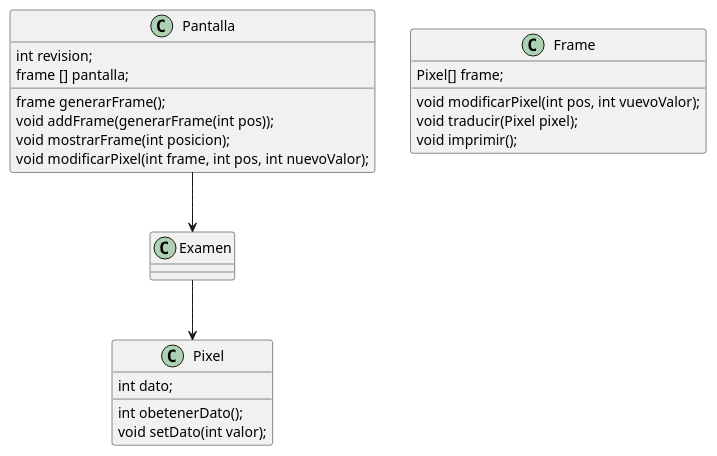
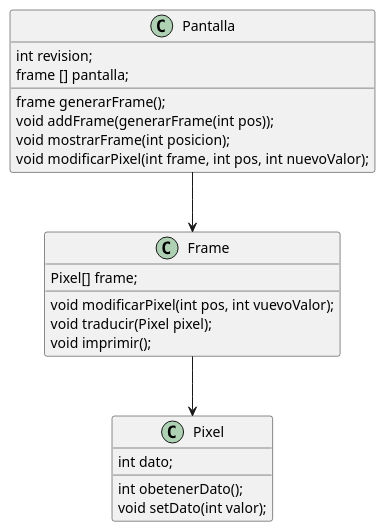
Before and after one commit to mmasias/24-25-EDA2: the diagram in entregas/castilloCayetano/reto-000/plantUML/ejercicio1.puml, drawn with PlantUML.

```diff
--- a/entregas/castilloCayetano/reto-000/plantUML/ejercicio1.puml
+++ b/entregas/castilloCayetano/reto-000/plantUML/ejercicio1.puml
@@ -1,27 +1,27 @@
 @startuml
 class Pixel {
 int dato;
 int obetenerDato();
 void setDato(int valor);
 }
 
 class Frame {
 Pixel[] frame;
 void modificarPixel(int pos, int vuevoValor);
 void traducir(Pixel pixel);
 void imprimir();
 
 }
 class Pantalla {
 int revision;
 frame [] pantalla;
 frame generarFrame();
 void addFrame(generarFrame(int pos));
 void mostrarFrame(int posicion);
 void modificarPixel(int frame, int pos, int nuevoValor);
 }
 
-Pantalla --> Examen
-Examen --> Pixel
+Pantalla --> Frame
+Frame --> Pixel
 
 @enduml
```
